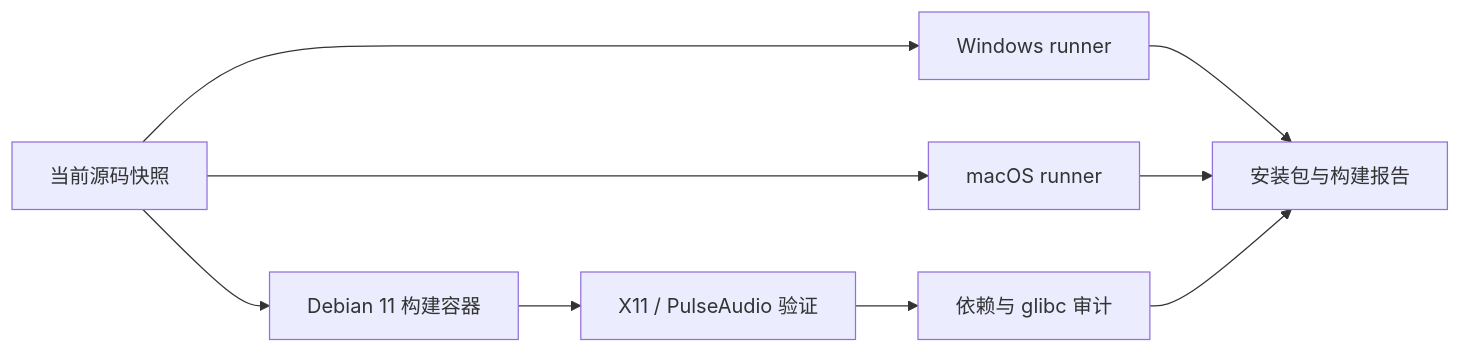
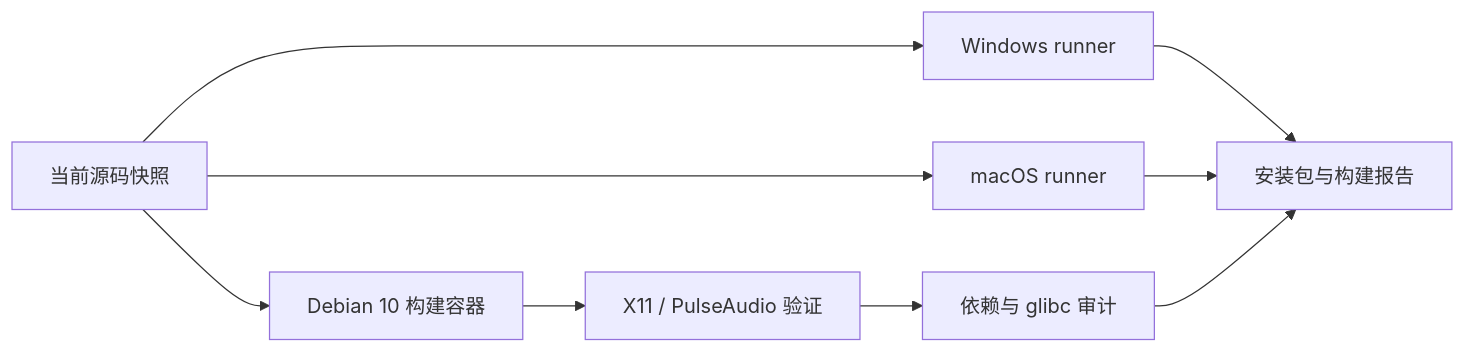
Before and after one commit to NOBB2333/meeting_summary: the diagram in docs/build-and-linux.md, drawn with Mermaid. The commit also changed other lines of this file and 13 other files, not shown here.

````diff
--- a/docs/build-and-linux.md
+++ b/docs/build-and-linux.md
@@ -15,11 +15,11 @@
 ```mermaid
 flowchart LR
   Source[当前源码快照] --> Win[Windows runner]
   Source --> Mac[macOS runner]
-  Source --> Linux[Debian 11 构建容器]
+  Source --> Linux[Debian 10 构建容器]
   Linux --> X11[X11 / PulseAudio 验证]
   X11 --> ELF[依赖与 glibc 审计]
   Win --> Artifacts[安装包与构建报告]
   Mac --> Artifacts
   ELF --> Artifacts
 ```
````
